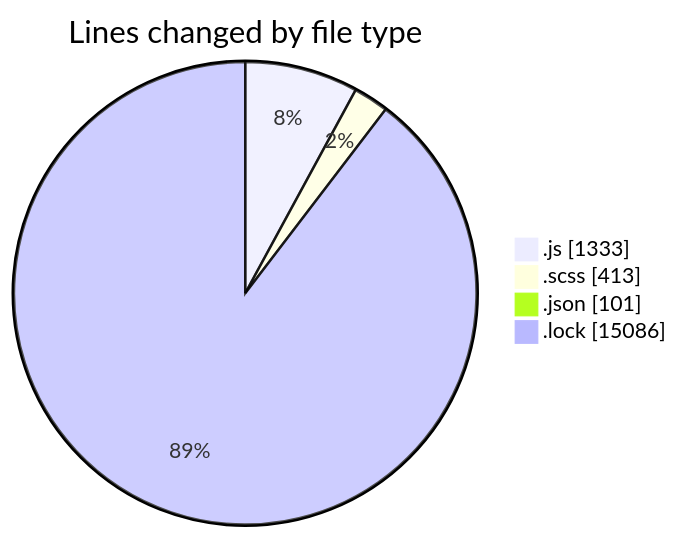
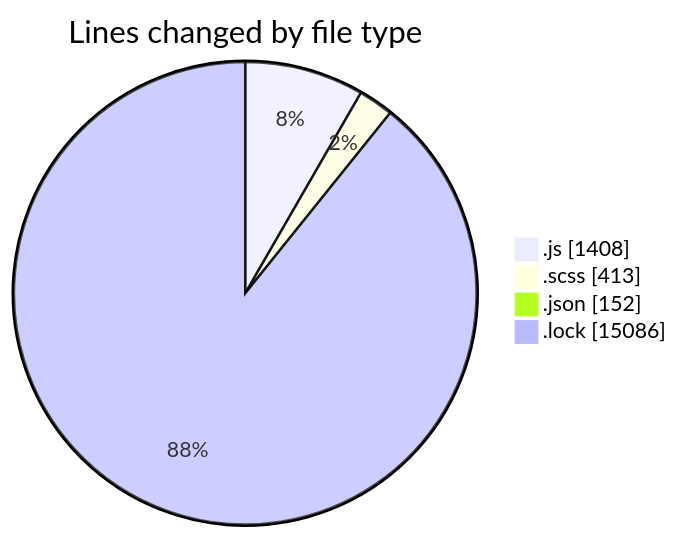
Before and after one commit to momahboobian/code-tracking: the first of 2 diagrams in 2026-01-05/cda/README.md, drawn with Mermaid. The commit also changed other lines of this file and 1 other file, not shown here.

````diff
--- a/2026-01-05/cda/README.md
+++ b/2026-01-05/cda/README.md
@@ -36,8 +38,8 @@
 ```mermaid
 pie showData
 title Lines changed by file type
-".js" : 1333
+".js" : 1408
 ".scss" : 413
-".json" : 101
+".json" : 152
 ".lock" : 15086
 ```
````
